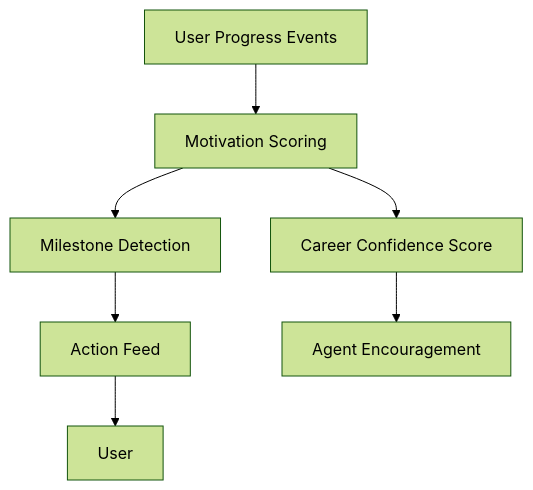
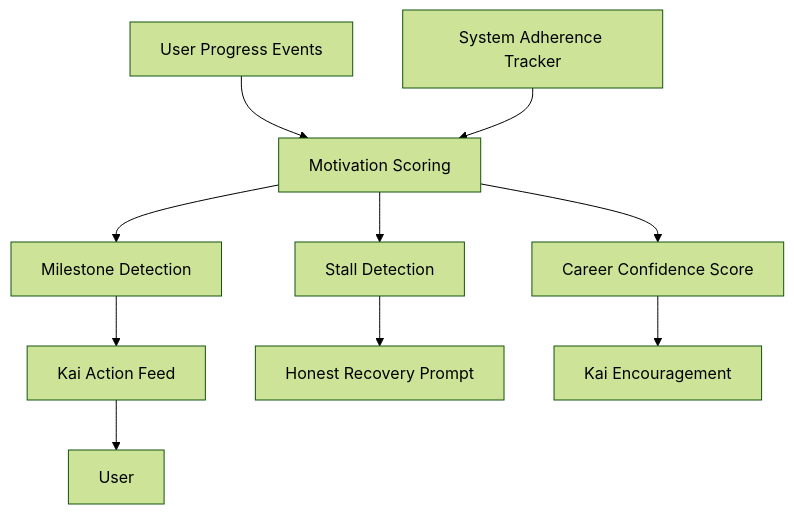
One commit to Mirzzie/Fadi changed the diagram in docs/GAMIFICATION_AND_MOTIVATION_ENGINE.md. Above: the diagram before and after it, drawn with Mermaid (forest theme). The commit also changed other lines of this file and 65 other files, not shown here.

First line of the commit message:
docs: update architecture docs for Better Auth, Kai, and data sources

````diff
--- a/docs/GAMIFICATION_AND_MOTIVATION_ENGINE.md
+++ b/docs/GAMIFICATION_AND_MOTIVATION_ENGINE.md
@@ -27,9 +30,12 @@
 ```mermaid
 flowchart TD
     Events[User Progress Events] --> Scoring[Motivation Scoring]
+    SystemAdherence[System Adherence Tracker] --> Scoring
     Scoring --> Confidence[Career Confidence Score]
     Scoring --> Milestones[Milestone Detection]
-    Milestones --> Feed[Action Feed]
-    Confidence --> Agent[Agent Encouragement]
+    Scoring --> Stall[Stall Detection]
+    Milestones --> Feed[Kai Action Feed]
+    Stall --> Recovery[Honest Recovery Prompt]
+    Confidence --> Kai[Kai Encouragement]
     Feed --> User[User]
 ```
````
